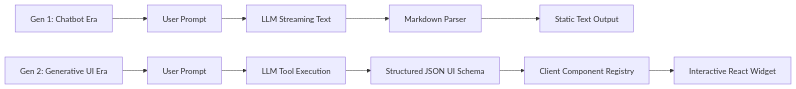
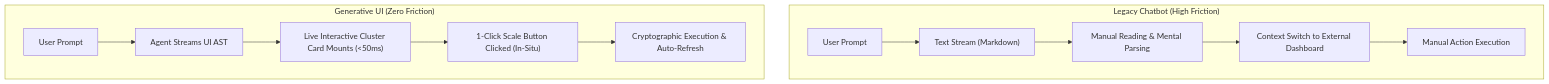
One commit to vesviet/vesviet changed the first of 5 diagrams in content/series/generative-ui-architecture/part-1-beyond-chatbots.md. Above: the diagram before and after it, drawn with Mermaid. The commit also changed other lines of this file and 28 other files, not shown here.

Commit message:
feat(content): upgrade generative-ui-architecture series to 2027 SOTA masterclass & publish deep research dossiers

````diff
--- a/content/series/generative-ui-architecture/part-1-beyond-chatbots.md
+++ b/content/series/generative-ui-architecture/part-1-beyond-chatbots.md
@@ -38,13 +42,16 @@
 ```mermaid
-graph LR
-    SubGraph1["Gen 1: Chatbot Era"] --> A["User Prompt"]
-    A --> B["LLM Streaming Text"]
-    B --> C["Markdown Parser"]
-    C --> D["Static Text Output"]
+flowchart TD
+    subgraph LegacyWorkflow ["Legacy Chatbot (High Friction)"]
+        UserPrompt["User Prompt"] --> TextStream["Text Stream (Markdown)"]
+        TextStream --> ManualReading["Manual Reading & Mental Parsing"]
+        ManualReading --> ContextSwitch["Context Switch to External Dashboard"]
+        ContextSwitch --> TerminalAction["Manual Action Execution"]
+    end
 
-    SubGraph2["Gen 2: Generative UI Era"] --> E["User Prompt"]
-    E --> F["LLM Tool Execution"]
-    F --> G["Structured JSON UI Schema"]
-    G --> H["Client Component Registry"]
-    H --> I["Interactive React Widget"]
+    subgraph GenUIWorkflow ["Generative UI (Zero Friction)"]
+        UserPrompt2["User Prompt"] --> AgentAST["Agent Streams UI AST"]
+        AgentAST --> LiveCard["Live Interactive Cluster Card Mounts (<50ms)"]
+        LiveCard --> InSituAction["1-Click Scale Button Clicked (In-Situ)"]
+        InSituAction --> ExecutionDone["Cryptographic Execution & Auto-Refresh"]
+    end
 ```
````
